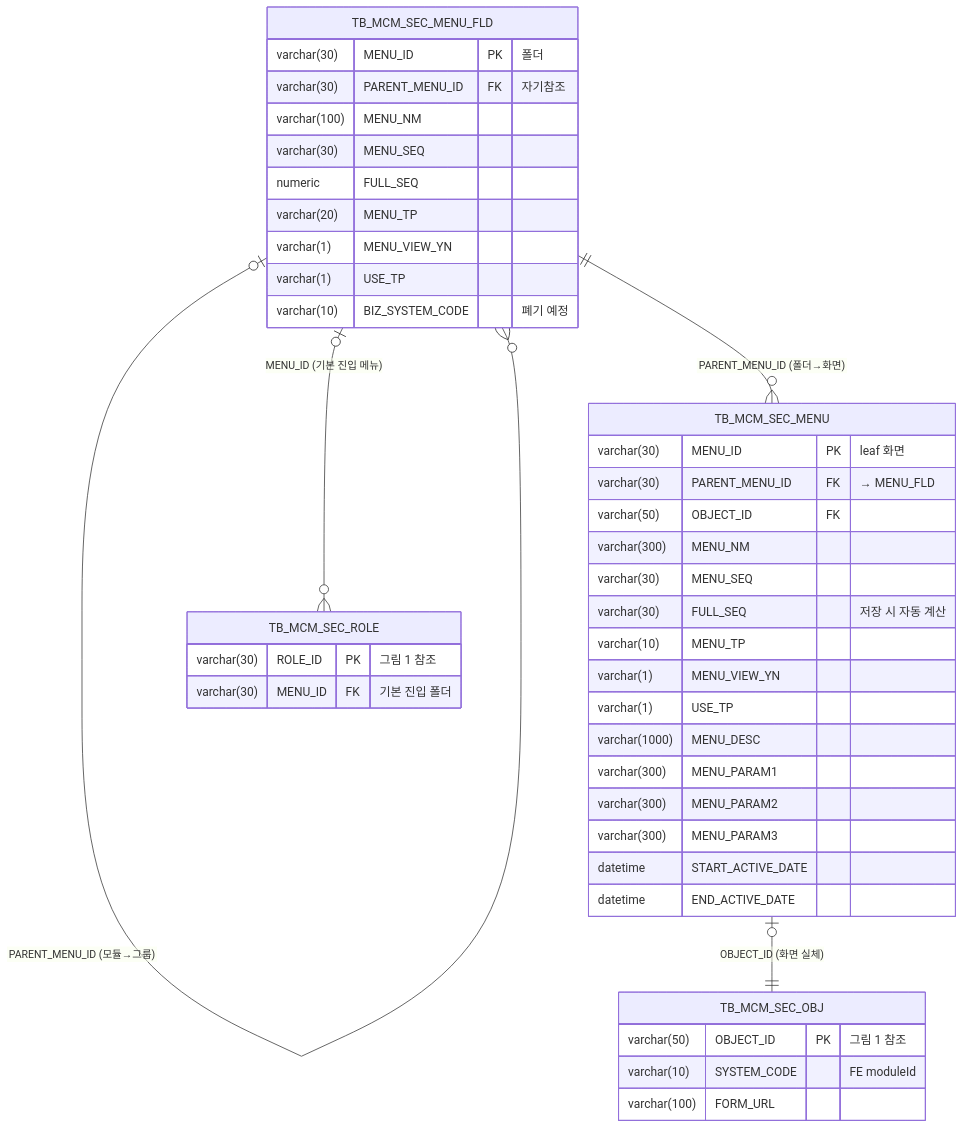
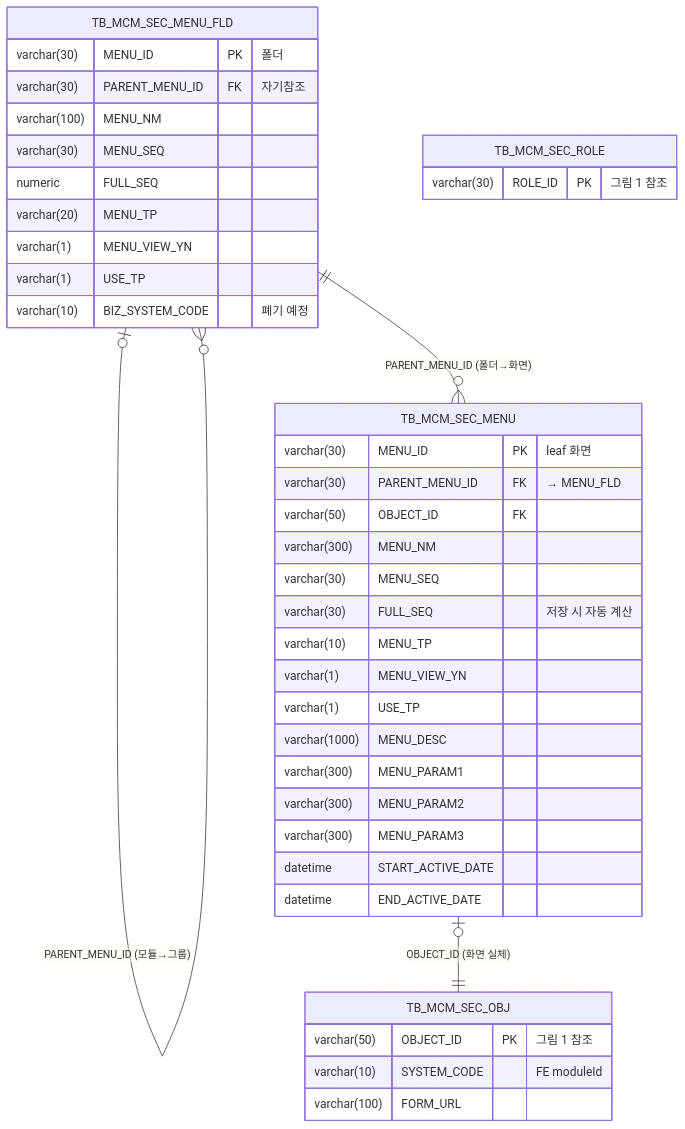
The second of 5 diagrams in docs/mcm/erd/csa-sec-erd.md (jongik-sv/dmes-standard), drawn with Mermaid before and after one commit. The commit also changed other lines of this file and 6 other files, not shown here.

First line of the commit message:
docs(mcm): 남은 역할 MENU_ID 서술을 정리하고 MDM ERD 힌트를 다시 만든다

````diff
--- a/docs/mcm/erd/csa-sec-erd.md
+++ b/docs/mcm/erd/csa-sec-erd.md
@@ -131,46 +130,44 @@
 ```mermaid
 erDiagram
     direction TB
     TB_MCM_SEC_MENU_FLD  |o--o{ TB_MCM_SEC_MENU_FLD : "PARENT_MENU_ID (모듈→그룹)"
     TB_MCM_SEC_MENU_FLD  ||--o{ TB_MCM_SEC_MENU     : "PARENT_MENU_ID (폴더→화면)"
-    TB_MCM_SEC_MENU_FLD  |o--o{ TB_MCM_SEC_ROLE     : "MENU_ID (기본 진입 메뉴)"
     TB_MCM_SEC_MENU      |o--|| TB_MCM_SEC_OBJ      : "OBJECT_ID (화면 실체)"
 
     TB_MCM_SEC_MENU_FLD {
         varchar(30)  MENU_ID PK "폴더"
         varchar(30)  PARENT_MENU_ID FK "자기참조"
         varchar(100) MENU_NM
         varchar(30)  MENU_SEQ
         numeric      FULL_SEQ
         varchar(20)  MENU_TP
         varchar(1)   MENU_VIEW_YN
         varchar(1)   USE_TP
         varchar(10)  BIZ_SYSTEM_CODE "폐기 예정"
     }
     TB_MCM_SEC_MENU {
         varchar(30)   MENU_ID PK "leaf 화면"
         varchar(30)   PARENT_MENU_ID FK "→ MENU_FLD"
         varchar(50)   OBJECT_ID FK
         varchar(300)  MENU_NM
         varchar(30)   MENU_SEQ
         varchar(30)   FULL_SEQ "저장 시 자동 계산"
         varchar(10)   MENU_TP
         varchar(1)    MENU_VIEW_YN
         varchar(1)    USE_TP
         varchar(1000) MENU_DESC
         varchar(300)  MENU_PARAM1
         varchar(300)  MENU_PARAM2
         varchar(300)  MENU_PARAM3
         datetime      START_ACTIVE_DATE
         datetime      END_ACTIVE_DATE
     }
     TB_MCM_SEC_ROLE {
         varchar(30)  ROLE_ID PK "그림 1 참조"
-        varchar(30)  MENU_ID FK "기본 진입 폴더"
     }
     TB_MCM_SEC_OBJ {
         varchar(50)  OBJECT_ID PK "그림 1 참조"
         varchar(10)  SYSTEM_CODE "FE moduleId"
         varchar(100) FORM_URL
     }
 ```
````
